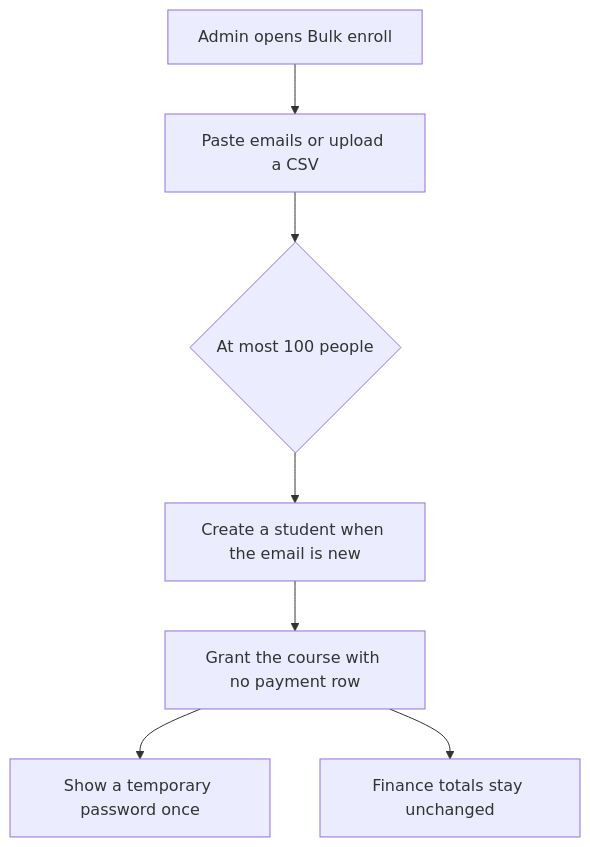
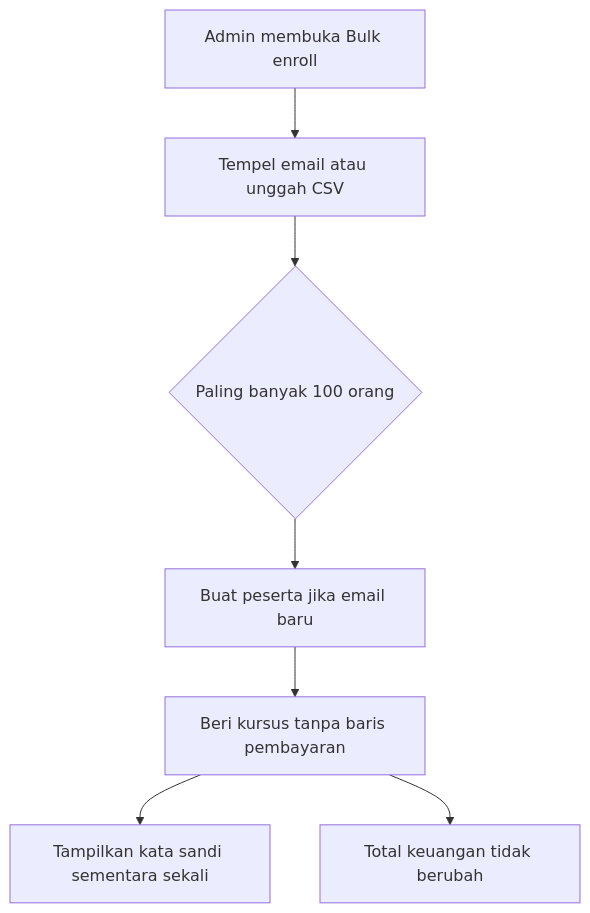
One commit to bionte4/auralogic changed the sixth of 6 diagrams in docs/process-flow.md. Above: the diagram before and after it, drawn with Mermaid. The commit also changed other lines of this file and 4 other files, not shown here.

First line of the commit message:
Document the current student, instructor, and admin paths.

````diff
--- a/docs/process-flow.md
+++ b/docs/process-flow.md
@@ -103,9 +115,9 @@
 ```mermaid
 flowchart TD
-  admin[Admin opens Bulk enroll] --> list[Paste emails or upload a CSV]
-  list --> cap{At most 100 people}
-  cap --> create[Create a student when the email is new]
-  create --> grant[Grant the course with no payment row]
-  grant --> show[Show a temporary password once]
-  grant --> finance[Finance totals stay unchanged]
+  admin[Admin membuka Bulk enroll] --> list[Tempel email atau unggah CSV]
+  list --> cap{Paling banyak 100 orang}
+  cap --> create[Buat peserta jika email baru]
+  create --> grant[Beri kursus tanpa baris pembayaran]
+  grant --> show[Tampilkan kata sandi sementara sekali]
+  grant --> finance[Total keuangan tidak berubah]
 ```
````
